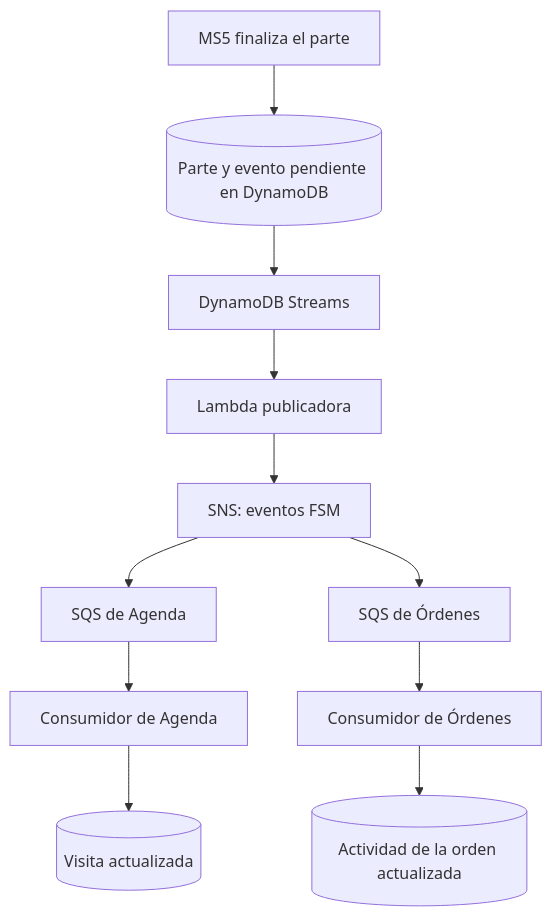
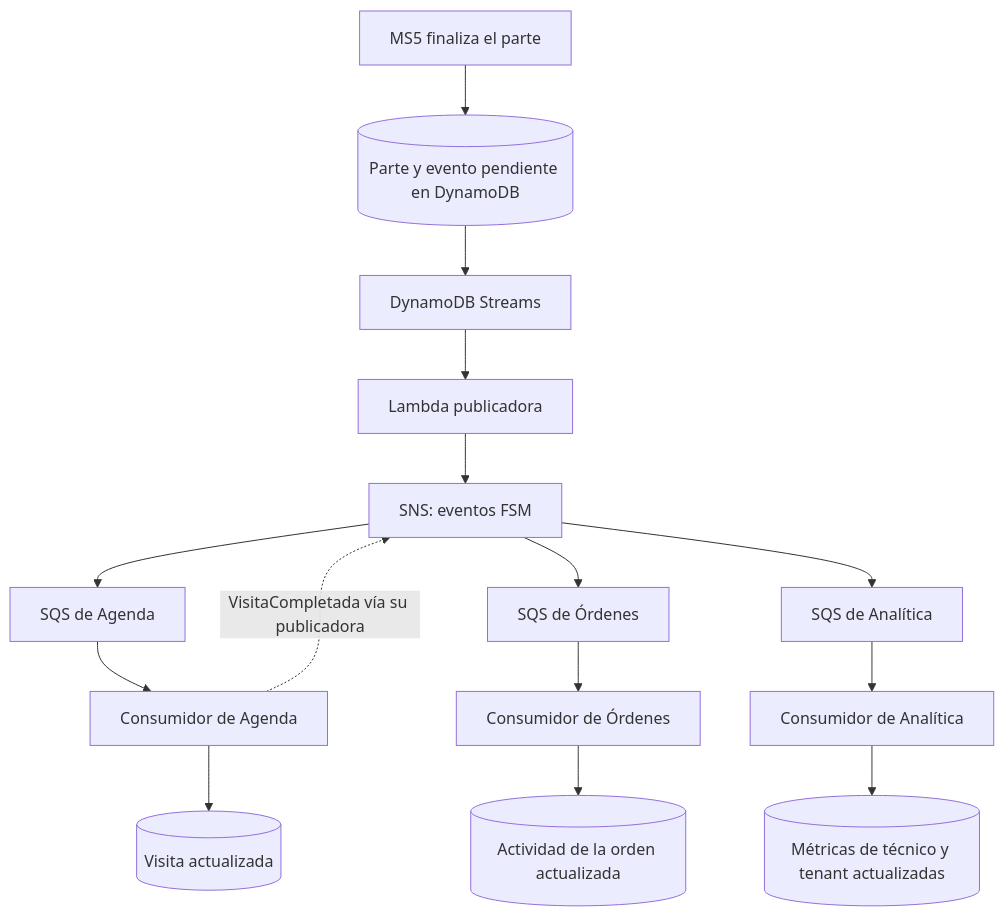
Before and after one commit to rvcuba-utec/cloud-project-v2: the third of 12 diagrams in ideas/proposal.md, drawn with Mermaid. The commit also changed other lines of this file, not shown here.

````diff
--- a/ideas/proposal.md
+++ b/ideas/proposal.md
@@ -302,13 +316,17 @@
 ```mermaid
 flowchart TD
     P["MS5 finaliza el parte"] --> DB[("Parte y evento pendiente en DynamoDB")]
     DB --> ST["DynamoDB Streams"]
     ST --> PUB["Lambda publicadora"]
     PUB --> SNS["SNS: eventos FSM"]
     SNS --> QA["SQS de Agenda"]
     SNS --> QO["SQS de Órdenes"]
+    SNS --> QN["SQS de Analítica"]
     QA --> CA["Consumidor de Agenda"]
     QO --> CO["Consumidor de Órdenes"]
+    QN --> CN["Consumidor de Analítica"]
     CA --> DA[("Visita actualizada")]
     CO --> DO[("Actividad de la orden actualizada")]
+    CN --> DN[("Métricas de técnico y tenant actualizadas")]
+    CA -. "VisitaCompletada vía su publicadora" .-> SNS
 ```
````
